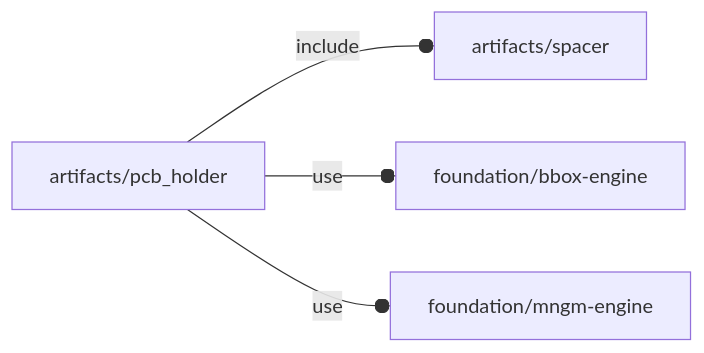
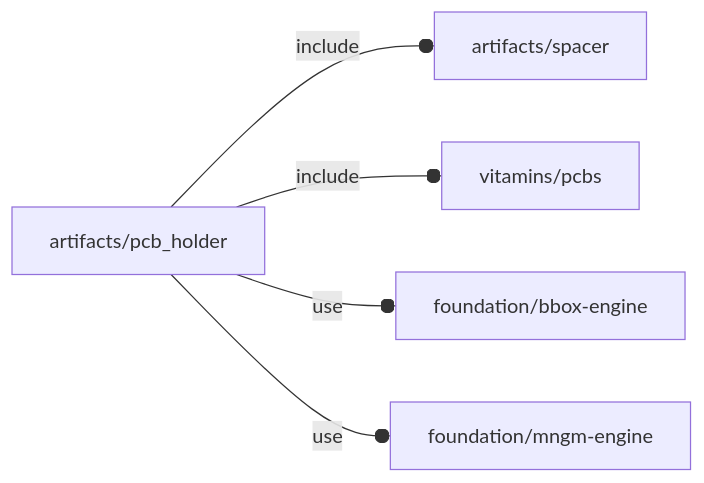
Before and after one commit to ggabbiani/OFL: the diagram in orthodocs/artifacts/pcb_holder.md, drawn with Mermaid. The commit also changed other lines of this file and 1 other file, not shown here.

````diff
--- a/orthodocs/artifacts/pcb_holder.md
+++ b/orthodocs/artifacts/pcb_holder.md
@@ -5,6 +5,7 @@
 ```mermaid
 graph LR
     A1[artifacts/pcb_holder] --o|include| A2[artifacts/spacer]
-    A1 --o|use| A3[foundation/bbox-engine]
-    A1 --o|use| A4[foundation/mngm-engine]
+    A1 --o|include| A3[vitamins/pcbs]
+    A1 --o|use| A4[foundation/bbox-engine]
+    A1 --o|use| A5[foundation/mngm-engine]
 ```
````
